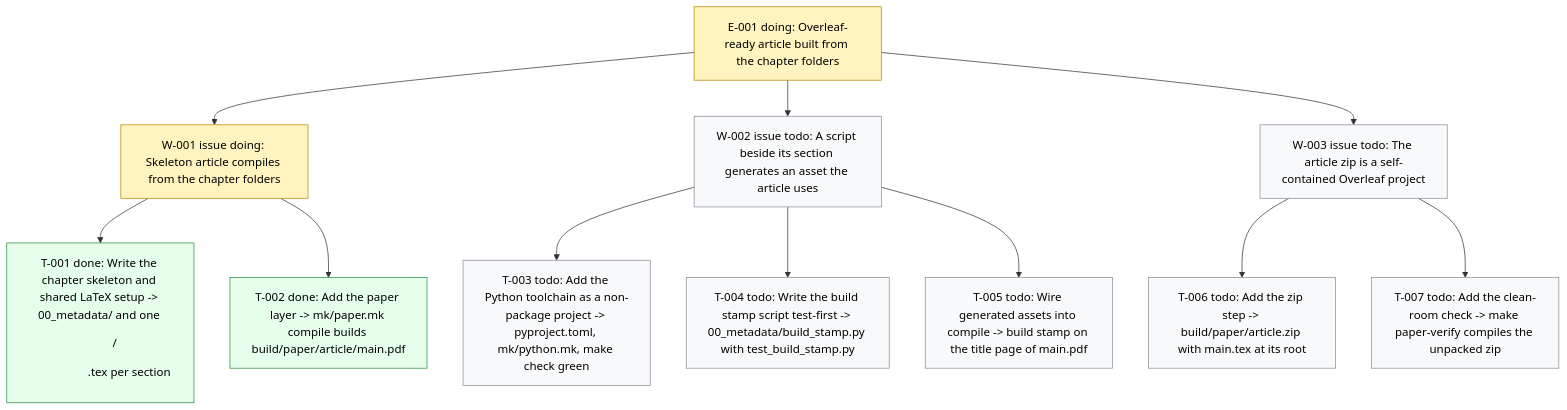
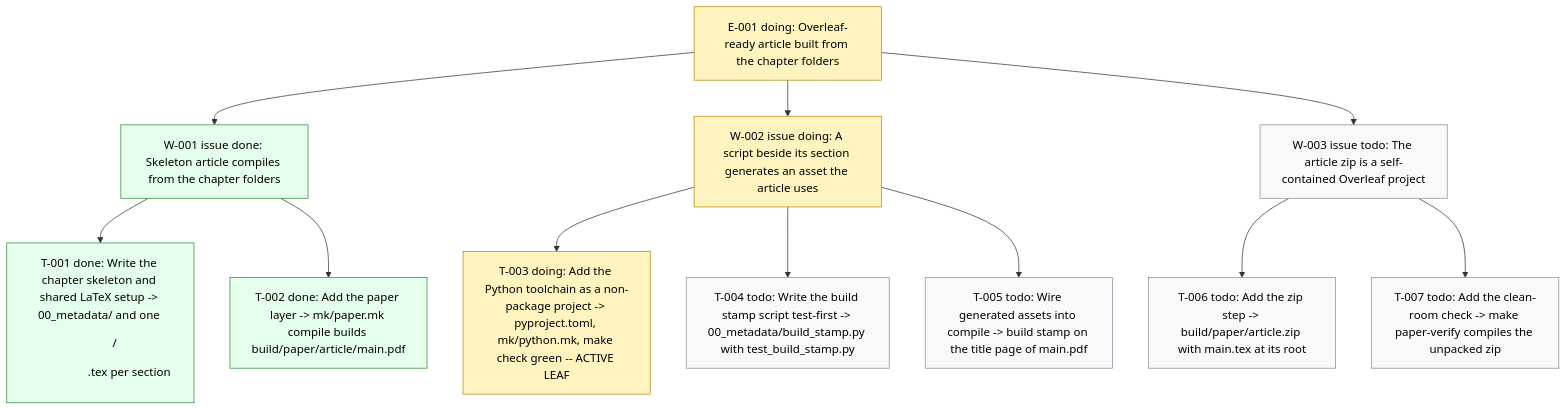
One commit to dpopchev/surrogate-models changed the diagram in .board/BOARD.md. Above: the diagram before and after it, drawn with Mermaid. The commit also changed other lines of this file and 10 other files, not shown here.

First line of the commit message:
build: add the python toolchain as a non-package project

````diff
--- a/.board/BOARD.md
+++ b/.board/BOARD.md
@@ -26,22 +26,22 @@
 ```mermaid
 flowchart TD
   E001["E-001 doing: Overleaf-ready article built from the chapter folders"]
-  E001 --> W001["W-001 issue doing: Skeleton article compiles from the chapter folders"]
+  E001 --> W001["W-001 issue done: Skeleton article compiles from the chapter folders"]
   W001 --> T001["T-001 done: Write the chapter skeleton and shared LaTeX setup -> 00_metadata/ and one <dir>/<dir>.tex per section"]
   W001 --> T002["T-002 done: Add the paper layer -> mk/paper.mk compile builds build/paper/article/main.pdf"]
-  E001 --> W002["W-002 issue todo: A script beside its section generates an asset the article uses"]
-  W002 --> T003["T-003 todo: Add the Python toolchain as a non-package project -> pyproject.toml, mk/python.mk, make check green"]
+  E001 --> W002["W-002 issue doing: A script beside its section generates an asset the article uses"]
+  W002 --> T003["T-003 doing: Add the Python toolchain as a non-package project -> pyproject.toml, mk/python.mk, make check green -- ACTIVE LEAF"]
   W002 --> T004["T-004 todo: Write the build stamp script test-first -> 00_metadata/build_stamp.py with test_build_stamp.py"]
   W002 --> T005["T-005 todo: Wire generated assets into compile -> build stamp on the title page of main.pdf"]
   E001 --> W003["W-003 issue todo: The article zip is a self-contained Overleaf project"]
   W003 --> T006["T-006 todo: Add the zip step -> build/paper/article.zip with main.tex at its root"]
   W003 --> T007["T-007 todo: Add the clean-room check -> make paper-verify compiles the unpacked zip"]
   classDef doing fill:#fff3bf,stroke:#b58900,color:#000;
   classDef blocked fill:#ffe3e3,stroke:#c92a2a,color:#000;
   classDef done fill:#e6ffed,stroke:#2b8a3e,color:#000;
   classDef todo fill:#f8f9fa,stroke:#868e96,color:#000;
   classDef pruned fill:#f1f3f5,stroke:#adb5bd,color:#000;
-  class E001,W001 doing
-  class T001,T002 done
-  class W002,T003,T004,T005,W003,T006,T007 todo
+  class E001,W002,T003 doing
+  class W001,T001,T002 done
+  class T004,T005,W003,T006,T007 todo
 ```
````
